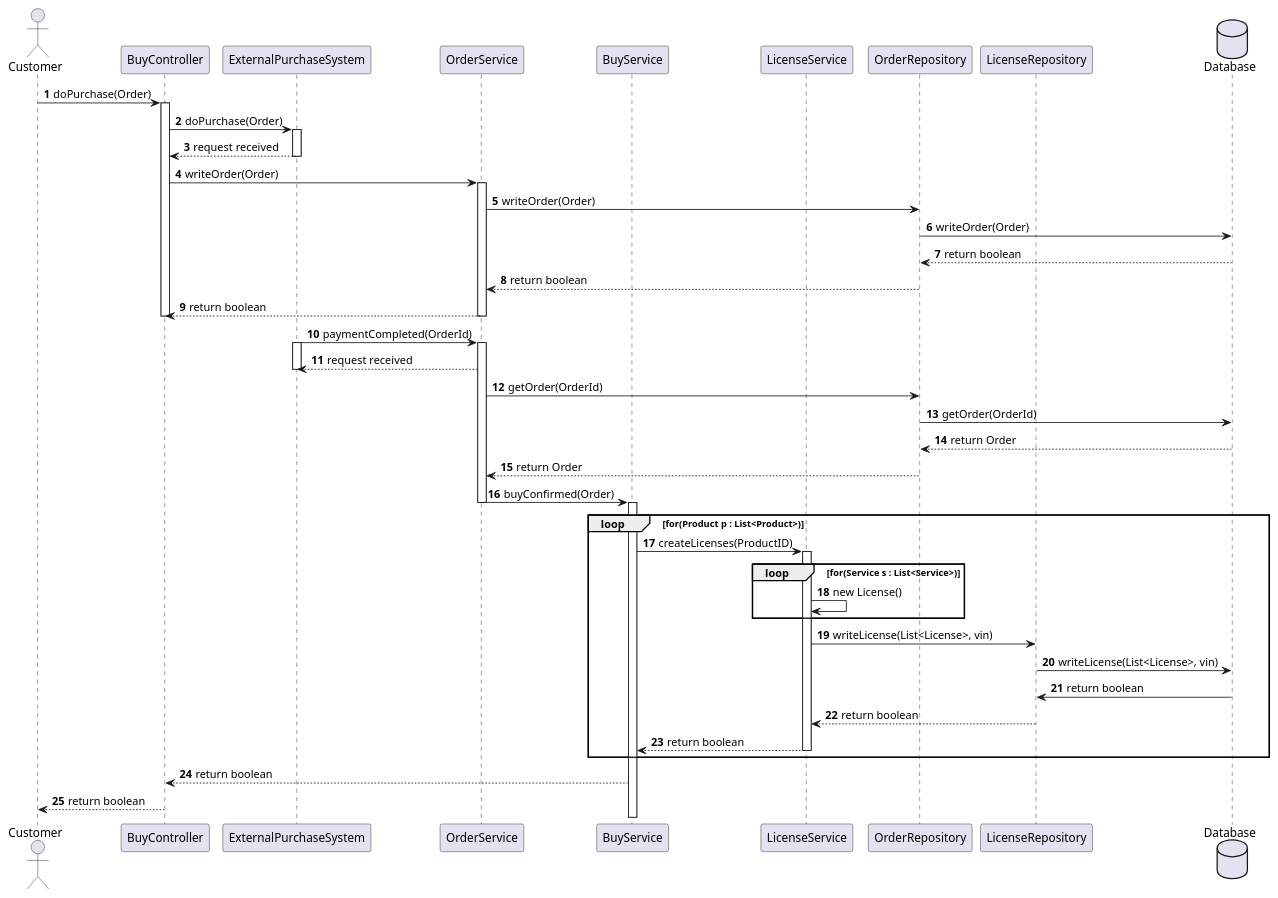
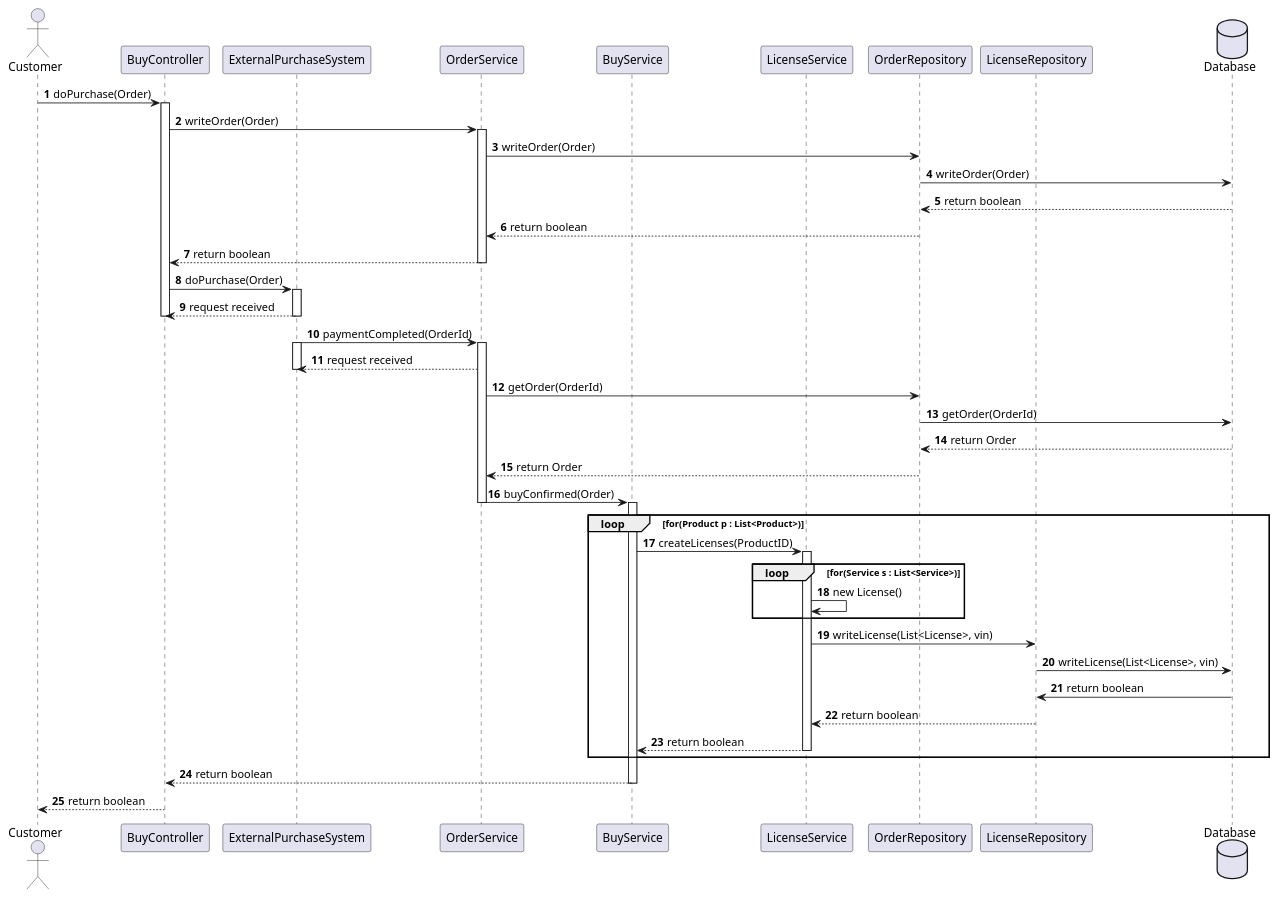
Before and after one commit to ljbg1996/car-backend: the diagram in Phase_1/SequenceBuy_1.1.puml, drawn with PlantUML.

Commit message:
SequenceBuy_1.1.puml

```diff
--- a/Phase_1/SequenceBuy_1.1.puml
+++ b/Phase_1/SequenceBuy_1.1.puml
@@ -1,72 +1,77 @@
 @startuml
 'https://plantuml.com/sequence-diagram
 autonumber
 actor Customer as c
 
 participant BuyController as co
 participant ExternalPurchaseSystem as eps
 participant OrderService as ps
 
 participant BuyService as s
 
 participant LicenseService as ls
 participant OrderRepository as os
 
 participant LicenseRepository as lr
 
 database Database as db
 
 c-> co : doPurchase(Order)
 activate co
-co -> eps: doPurchase(Order)
-activate eps
-eps --> co: request received
-deactivate eps
+
+
 
 co -> ps: writeOrder(Order)
 
 activate ps
 ps -> os: writeOrder(Order)
 os -> db:writeOrder(Order)
 db --> os:return boolean
 os --> ps:return boolean
 ps --> co:return boolean
+deactivate ps
+co -> eps: doPurchase(Order)
+activate eps
+eps --> co: request received
+deactivate eps
 deactivate co
-deactivate ps
+
 eps -> ps: paymentCompleted(OrderId)
 activate eps
 activate ps
 ps --> eps: request received
 deactivate eps
 
 ps -> os:getOrder(OrderId)
 os->db:getOrder(OrderId)
 db --> os:return Order
 os --> ps:return Order
 
 
 
 
 ps-> s: buyConfirmed(Order)
 deactivate ps
 activate s
 loop for(Product p : List<Product>)
     s-> ls: createLicenses(ProductID)
     activate ls
     loop for(Service s : List<Service>)
         ls -> ls : new License()
         end
         ls -> lr: writeLicense(List<License>, vin)
         lr -> db:writeLicense(List<License>, vin)
         db -> lr: return boolean
         lr --> ls: return boolean
         ls-->s: return boolean
         deactivate ls
+
     end
 s --> co: return boolean
+deactivate
 co --> c: return boolean
 
 
 
 
 @enduml
```
